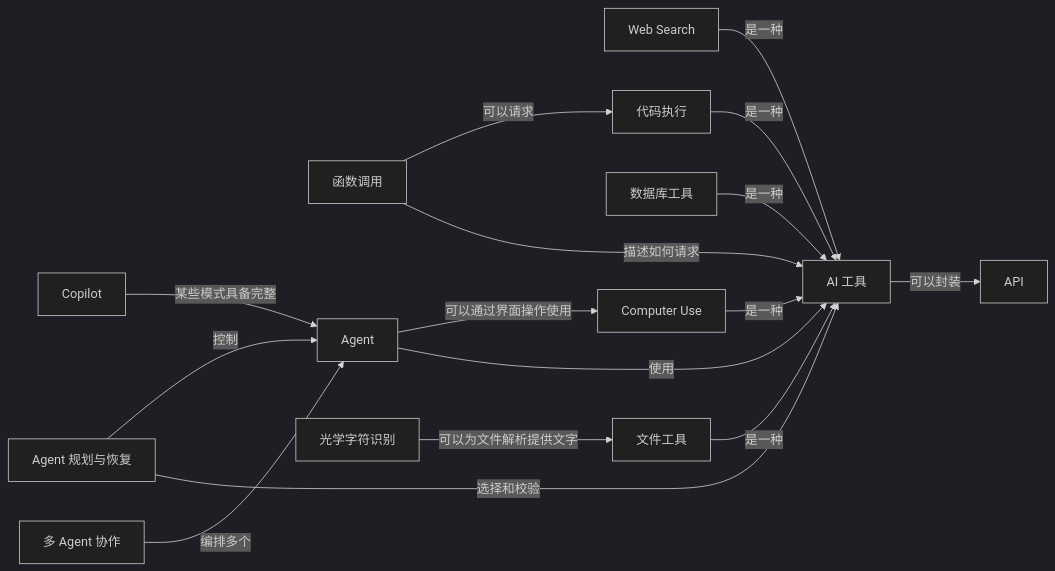
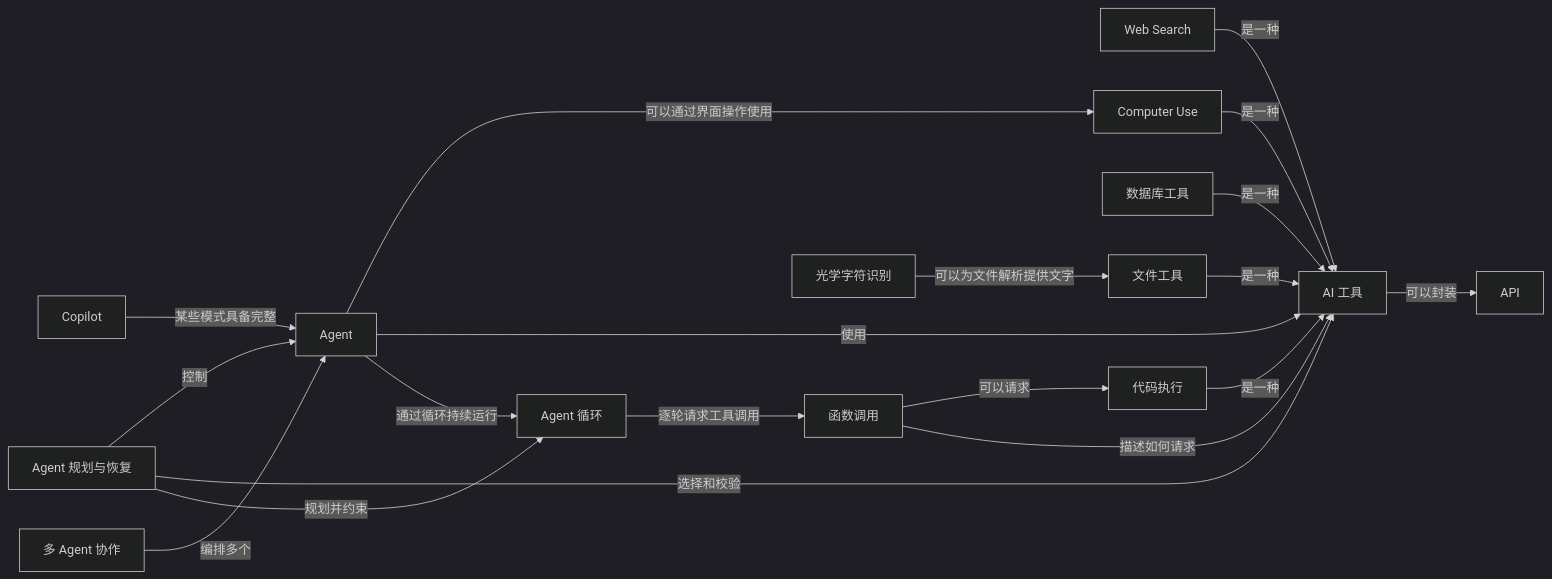
The fifth of 10 diagrams in 知识网络.md (z-Zihan/LLM-101), drawn with Mermaid (dark theme) before and after one commit. The commit also changed other lines of this file and 4 other files, not shown here.

````diff
--- a/知识网络.md
+++ b/知识网络.md
@@ -367,31 +368,35 @@
 ```mermaid
 flowchart LR
     n_api["API"]
     n_tool["AI 工具"]
     n_function_calling["函数调用"]
     n_agent["Agent"]
     n_agent_planning["Agent 规划与恢复"]
+    n_agent_loop["Agent 循环"]
     n_multi_agent["多 Agent 协作"]
     n_web_search["Web Search"]
     n_file_tool["文件工具"]
     n_database_tool["数据库工具"]
     n_ocr["光学字符识别"]
     n_code_execution["代码执行"]
     n_computer_use["Computer Use"]
     n_copilot["Copilot"]
     n_copilot -->|"某些模式具备完整"| n_agent
     n_web_search -->|"是一种"| n_tool
     n_file_tool -->|"是一种"| n_tool
     n_database_tool -->|"是一种"| n_tool
     n_ocr -->|"可以为文件解析提供文字"| n_file_tool
     n_code_execution -->|"是一种"| n_tool
     n_function_calling -->|"可以请求"| n_code_execution
     n_computer_use -->|"是一种"| n_tool
     n_agent -->|"可以通过界面操作使用"| n_computer_use
     n_tool -->|"可以封装"| n_api
     n_function_calling -->|"描述如何请求"| n_tool
     n_agent -->|"使用"| n_tool
     n_agent_planning -->|"控制"| n_agent
     n_agent_planning -->|"选择和校验"| n_tool
     n_multi_agent -->|"编排多个"| n_agent
+    n_agent -->|"通过循环持续运行"| n_agent_loop
+    n_agent_loop -->|"逐轮请求工具调用"| n_function_calling
+    n_agent_planning -->|"规划并约束"| n_agent_loop
 ```
````
